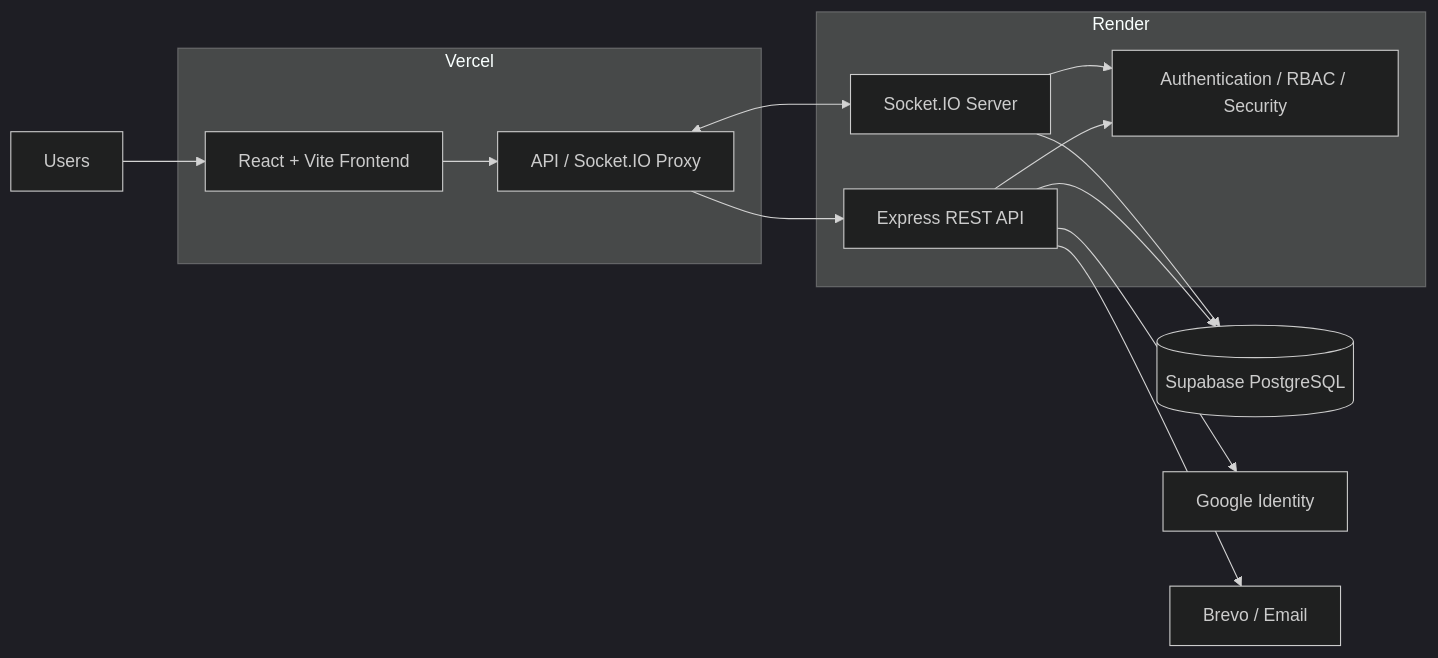
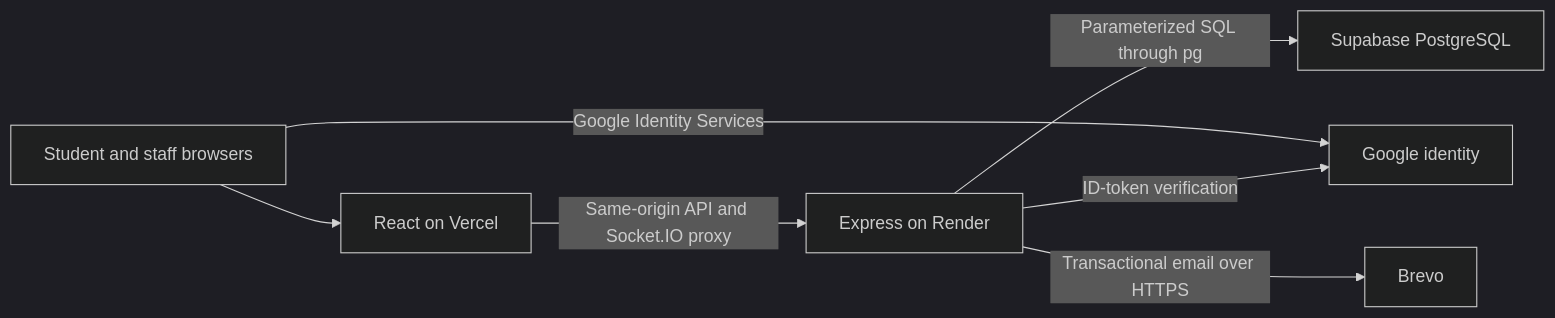
One commit to Eyzen08/STI-Vio-Log changed the diagram in README.md. Above: the diagram before and after it, drawn with Mermaid (dark theme). The commit also changed other lines of this file and 28 other files, not shown here.

````diff
--- a/README.md
+++ b/README.md
@@ -488,34 +17,9 @@
 ```mermaid
 flowchart LR
-    USER[Users]
-
-    subgraph VERCEL[Vercel]
-        UI[React + Vite Frontend]
-        PROXY[API / Socket.IO Proxy]
-    end
-
-    subgraph RENDER[Render]
-        API[Express REST API]
-        SOCKET[Socket.IO Server]
-        SECURITY[Authentication / RBAC / Security]
-    end
-
-    DB[(Supabase PostgreSQL)]
-    GOOGLE[Google Identity]
-    EMAIL[Brevo / Email]
-
-    USER --> UI
-    UI --> PROXY
-
-    PROXY --> API
-    PROXY <--> SOCKET
-
-    API --> SECURITY
-    SOCKET --> SECURITY
-
-    API --> DB
-    SOCKET --> DB
-
-    API --> GOOGLE
-    API --> EMAIL
+    Browser[Student and staff browsers] --> Frontend[React on Vercel]
+    Frontend -->|Same-origin API and Socket.IO proxy| API[Express on Render]
+    API -->|Parameterized SQL through pg| Database[Supabase PostgreSQL]
+    Browser -->|Google Identity Services| Google[Google identity]
+    API -->|ID-token verification| Google
+    API -->|Transactional email over HTTPS| Brevo[Brevo]
 ```
````
